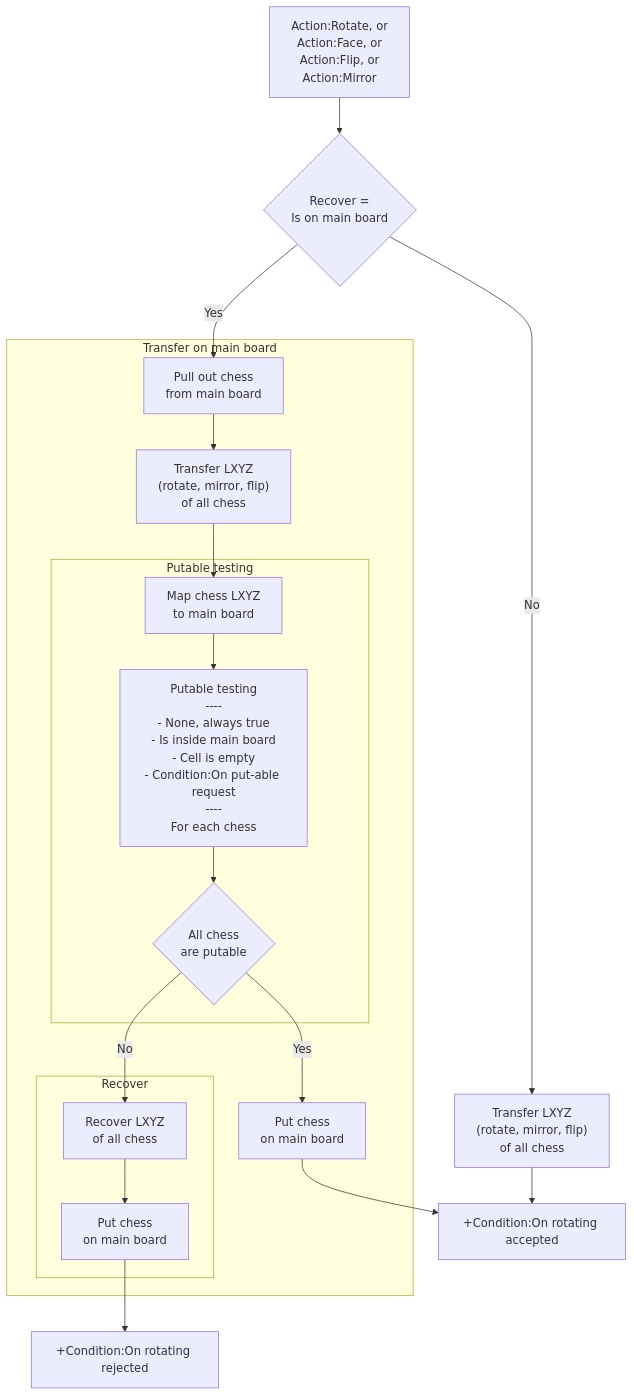
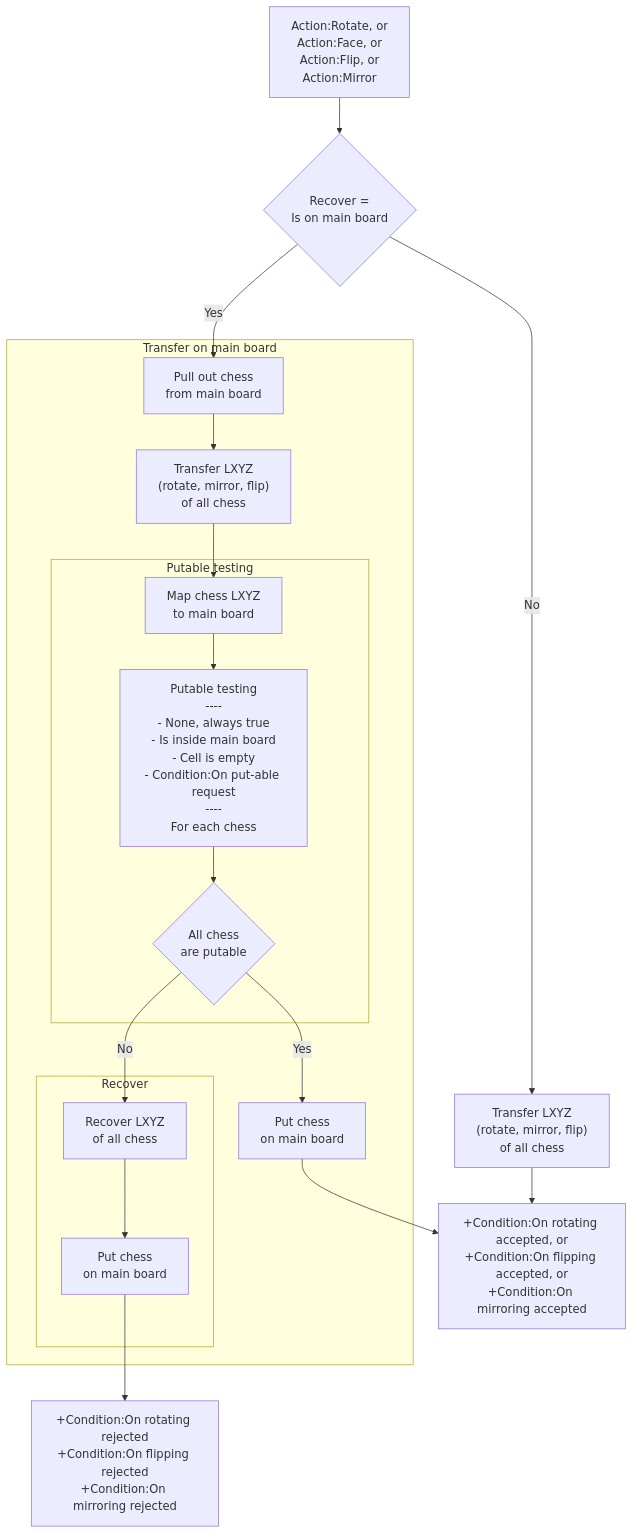
The diagram in plugins.md/rex_miniboard_rotate.md (rexrainbow/C2RexDoc), drawn with Mermaid before and after one commit. The commit also changed other lines of this file and 8 other files, not shown here.

````diff
--- a/plugins.md/rex_miniboard_rotate.md
+++ b/plugins.md/rex_miniboard_rotate.md
@@ -24,33 +24,33 @@
 ```mermaid
 graph TB
 
 RequestPut["Action:Rotate, or<br>Action:Face, or<br>Action:Flip, or<br>Action:Mirror"] --> IsOnMainBoard{"Recover =<br>Is on main board"}
 IsOnMainBoard --> |Yes| PullOut["Pull out chess<br>from main board"]
 
 subgraph Transfer on main board
 PullOut --> RotateLXYZ0["Transfer LXYZ<br>(rotate, mirror, flip)<br>of all chess"]
 RotateLXYZ0 --> PositionOnMainboard["Map chess LXYZ<br>to main board"]
 
 subgraph Putable testing
 PositionOnMainboard --> PutableTesting["Putable testing<br>----<br>- None, always true<br>- Is inside main board<br>- Cell is empty<br>- Condition:On put-able request<br>----<br>For each chess"]
 PutableTesting --> AllChessPutable{"All chess<br>are putable"}
 end
 
 AllChessPutable --> |Yes| PutChess0["Put chess<br>on main board"]
 
 AllChessPutable --> |No| RecoverLXYZ["Recover LXYZ<br>of all chess"]
 
 subgraph Recover
 RecoverLXYZ --> PutChess1["Put chess<br>on main board"]
 end
 
 end
 
-PutChess0 --> CondOnRotateAccepted["+Condition:On rotating accepted"]
-PutChess1 --> CondOnRotateRejected["+Condition:On rotating rejected"]
+PutChess0 --> CondOnAccepted["+Condition:On rotating accepted, or<br>+Condition:On flipping accepted, or<br>+Condition:On mirroring accepted"]
+PutChess1 --> CondOnRejected["+Condition:On rotating rejected<br>+Condition:On flipping rejected<br>+Condition:On mirroring rejected"]
 
 
 
 IsOnMainBoard --> |No| RotateLXYZ1["Transfer LXYZ<br>(rotate, mirror, flip)<br>of all chess"]
-RotateLXYZ1 --> CondOnRotateAccepted
+RotateLXYZ1 --> CondOnAccepted
 ```
````
